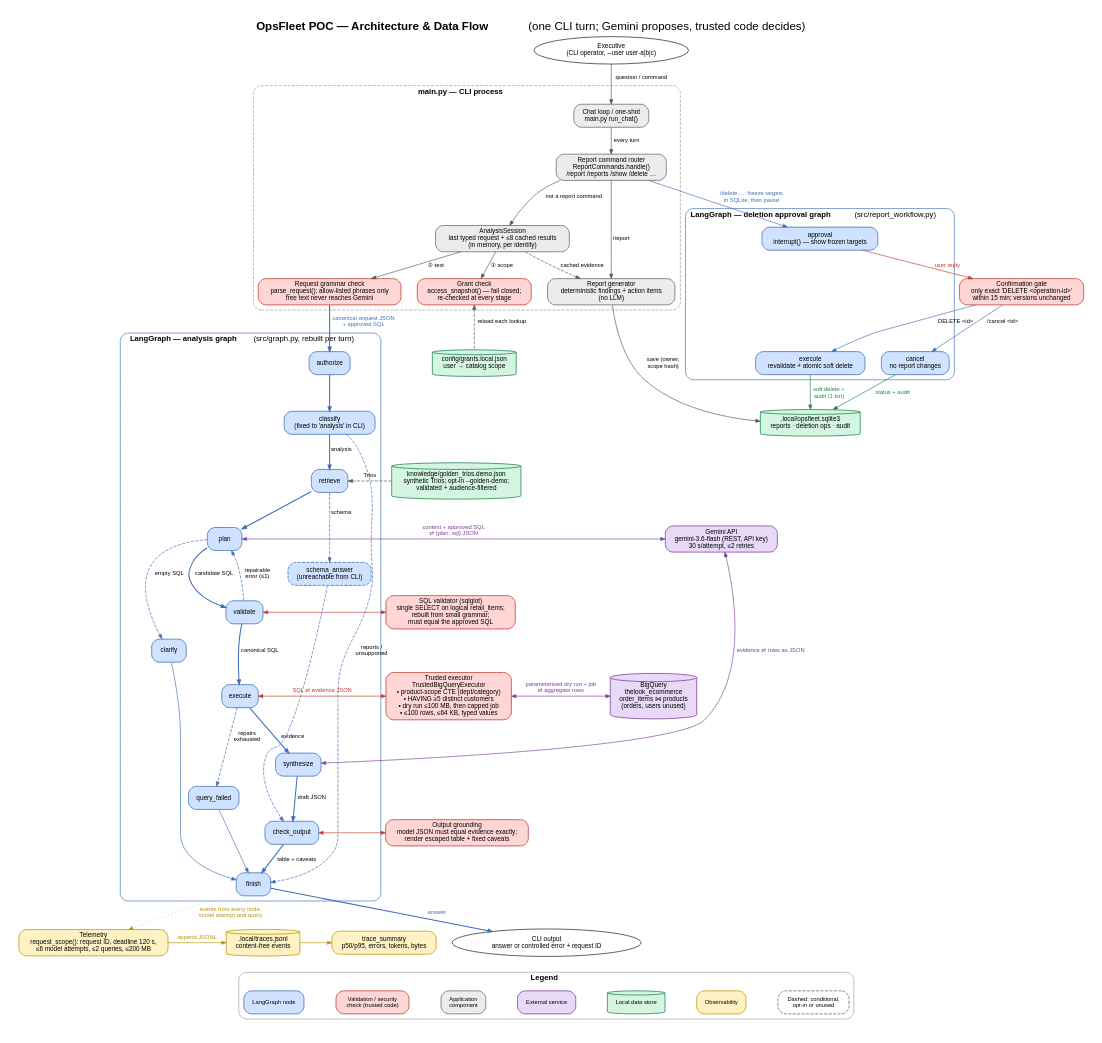
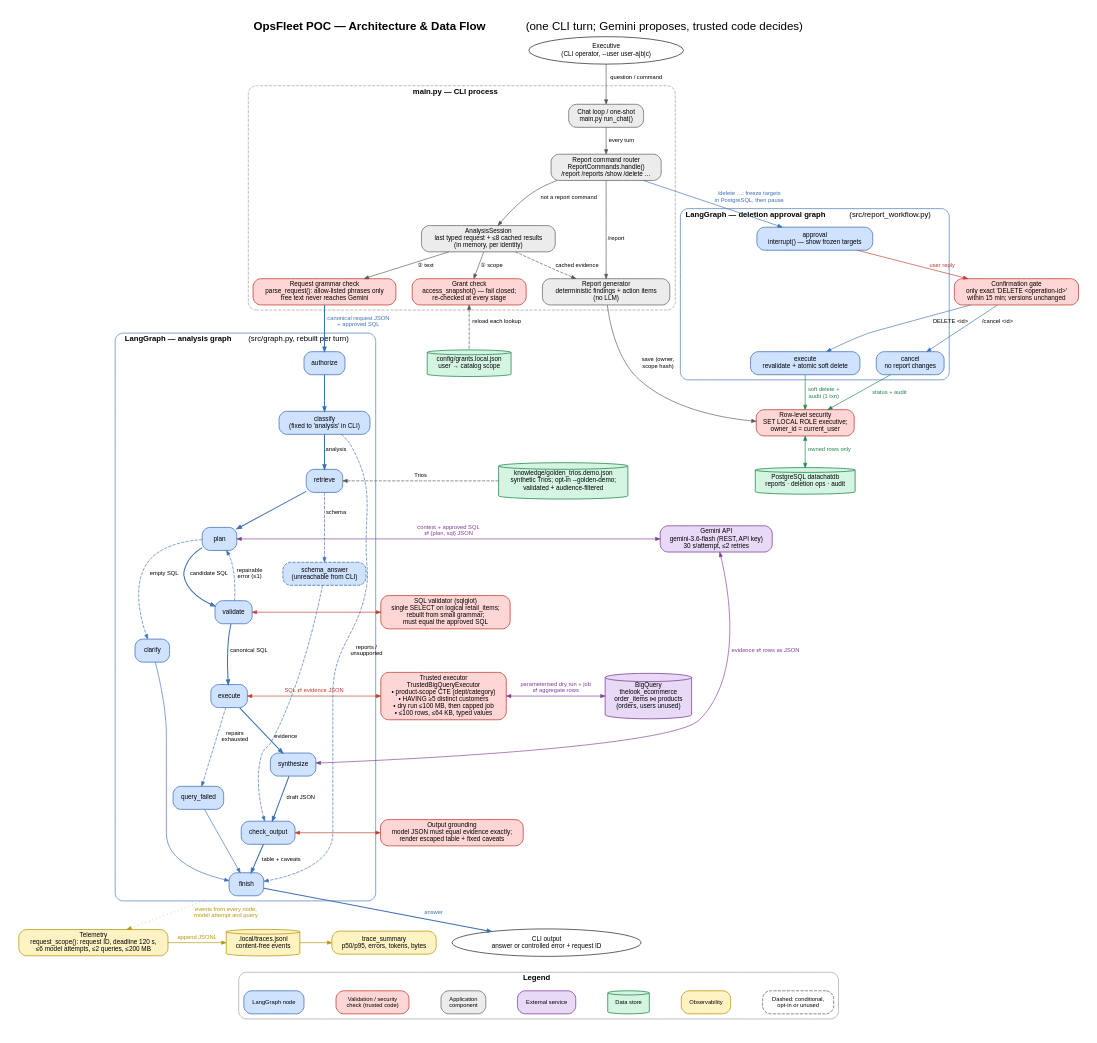
One commit to delaray/opsfleet changed the diagram in diagrams/poc-architecture.dot. Above: the diagram before and after it, drawn with Graphviz. The commit also changed 21 other files, not shown here.

Commit message:
Migrated from SQLite to PostgreSQL.

```diff
--- a/diagrams/poc-architecture.dot
+++ b/diagrams/poc-architecture.dot
@@ -1,154 +1,156 @@
 // OpsFleet POC — architecture and data flow (Graphviz source).
 // Render: dot -Tpng -Gdpi=150 poc-architecture.dot -o poc-architecture.png
 //         dot -Tsvg poc-architecture.dot -o poc-architecture.svg
 // Mermaid equivalent: poc-architecture.mmd
 digraph opsfleet_poc {
   graph [rankdir=TB, fontname="Helvetica", fontsize=11, splines=spline, nodesep=0.35, ranksep=0.45,
          newrank=true, compound=true, pad=0.3, bgcolor="white",
          label=<<B>OpsFleet POC — Architecture &amp; Data Flow</B>  (one CLI turn; Gemini proposes, trusted code decides)>,
          labelloc=t, fontsize=18];
   node  [shape=box, style="rounded,filled", fontname="Helvetica", fontsize=10, penwidth=1.2, margin="0.12,0.06"];
   edge  [fontname="Helvetica", fontsize=9, color="#555555", arrowsize=0.7];
 
   // ---------------- Colour palette ----------------
   // LangGraph node    #CFE2FF / #3D6FB6
   // Trusted check     #FFD6D6 / #C0392B
   // App component     #ECECEC / #666666
   // External service  #E8D9F7 / #7D3C98
-  // Local data store  #D5F5E3 / #1E8449
+  // Data store        #D5F5E3 / #1E8449
   // Observability     #FFF3C4 / #B7950B
   // User              #FFFFFF / #333333
 
   user [label="Executive\n(CLI operator, --user user-a|b|c)", shape=oval, fillcolor="#FFFFFF", color="#333333"];
 
   subgraph cluster_cli {
     label=<<B>main.py — CLI process</B>>; style="rounded,dashed"; color="#999999"; fontsize=12;
     cli      [label="Chat loop / one-shot\nmain.py run_chat()", fillcolor="#ECECEC", color="#666666"];
     router   [label="Report command router\nReportCommands.handle()\n/report /reports /show /delete …", fillcolor="#ECECEC", color="#666666"];
     session  [label="AnalysisSession\nlast typed request + ≤8 cached results\n(in memory, per identity)", fillcolor="#ECECEC", color="#666666"];
     parser   [label="Request grammar check\nparse_request(): allow-listed phrases only\nfree text never reaches Gemini", fillcolor="#FFD6D6", color="#C0392B"];
     grantchk [label="Grant check\naccess_snapshot() — fail closed;\nre-checked at every stage", fillcolor="#FFD6D6", color="#C0392B"];
     reportgen[label="Report generator\ndeterministic findings + action items\n(no LLM)", fillcolor="#ECECEC", color="#666666"];
   }
 
   subgraph cluster_graph {
     label=<<B>LangGraph — analysis graph</B> (src/graph.py, rebuilt per turn)>; style="rounded"; color="#3D6FB6"; fontsize=12;
     node [fillcolor="#CFE2FF", color="#3D6FB6"];
     g_auth   [label="authorize"];
     g_class  [label="classify\n(fixed to 'analysis' in CLI)"];
     g_retr   [label="retrieve"];
     g_schema [label="schema_answer\n(unreachable from CLI)", style="rounded,filled,dashed"];
     g_plan   [label="plan"];
     g_clar   [label="clarify"];
     g_val    [label="validate"];
     g_exec   [label="execute"];
     g_syn    [label="synthesize"];
     g_chk    [label="check_output"];
     g_fail   [label="query_failed"];
     g_fin    [label="finish"];
   }
 
   // Trusted checks attached to graph nodes
   sqlval  [label="SQL validator (sqlglot)\nsingle SELECT on logical retail_items;\nrebuilt from small grammar;\nmust equal the approved SQL", fillcolor="#FFD6D6", color="#C0392B"];
   scoped  [label="Trusted executor\nTrustedBigQueryExecutor\n• product-scope CTE (dept/category)\n• HAVING ≥5 distinct customers\n• dry run ≤100 MB, then capped job\n• ≤100 rows, ≤64 KB, typed values", fillcolor="#FFD6D6", color="#C0392B"];
   ground  [label="Output grounding\nmodel JSON must equal evidence exactly;\nrender escaped table + fixed caveats", fillcolor="#FFD6D6", color="#C0392B"];
 
   // External services
   gemini [label="Gemini API\ngemini-3.6-flash (REST, API key)\n30 s/attempt, ≤2 retries", shape=box, fillcolor="#E8D9F7", color="#7D3C98"];
   bq     [label="BigQuery\nthelook_ecommerce\norder_items ⋈ products\n(orders, users unused)", shape=cylinder, fillcolor="#E8D9F7", color="#7D3C98"];
 
-  // Local data stores
+  // Data stores
   grants [label="config/grants.local.json\nuser → catalog scope", shape=cylinder, fillcolor="#D5F5E3", color="#1E8449"];
   golden [label="knowledge/golden_trios.demo.json\nsynthetic Trios; opt-in --golden-demo;\nvalidated + audience-filtered", shape=cylinder, fillcolor="#D5F5E3", color="#1E8449"];
-  sqlite [label=".local/opsfleet.sqlite3\nreports · deletion ops · audit", shape=cylinder, fillcolor="#D5F5E3", color="#1E8449"];
+  pg [label="PostgreSQL datachatdb\nreports · deletion ops · audit", shape=cylinder, fillcolor="#D5F5E3", color="#1E8449"];
+  rls [label="Row-level security\nSET LOCAL ROLE executive;\nowner_id = current_user", shape=box, fillcolor="#FFD6D6", color="#C0392B"];
 
   subgraph cluster_del {
     label=<<B>LangGraph — deletion approval graph</B> (src/report_workflow.py)>; style="rounded"; color="#3D6FB6"; fontsize=12;
     node [fillcolor="#CFE2FF", color="#3D6FB6"];
     d_appr [label="approval\ninterrupt() — show frozen targets"];
     d_exec [label="execute\nrevalidate + atomic soft delete"];
     d_canc [label="cancel\nno report changes"];
   }
   confirm [label="Confirmation gate\nonly exact 'DELETE <operation-id>'\nwithin 15 min; versions unchanged", fillcolor="#FFD6D6", color="#C0392B"];
 
   // Observability
   telem  [label="Telemetry\nrequest_scope(): request ID, deadline 120 s,\n≤6 model attempts, ≤2 queries, ≤200 MB", fillcolor="#FFF3C4", color="#B7950B"];
   traces [label=".local/traces.jsonl\ncontent-free events", shape=cylinder, fillcolor="#FFF3C4", color="#B7950B"];
   summary[label="trace_summary\np50/p95, errors, tokens, bytes", fillcolor="#FFF3C4", color="#B7950B"];
 
   // ---------------- Main flow ----------------
   user -> cli [label="question / command"];
   cli -> router [label="every turn"];
   router -> session [label="not a report command"];
   session -> grantchk [label="① scope"];
   grantchk -> grants [label="reload each lookup", style=dashed, dir=back];
   session -> parser [label="② text"];
   parser -> g_auth [label="canonical request JSON\n+ approved SQL", color="#3D6FB6", fontcolor="#3D6FB6", penwidth=1.6];
 
   g_auth -> g_class [color="#3D6FB6", penwidth=1.6];
   g_class -> g_retr [label="analysis", color="#3D6FB6", penwidth=1.6];
   g_retr -> g_plan [color="#3D6FB6", penwidth=1.6];
   g_retr -> g_schema [label="schema", style=dashed, color="#3D6FB6"];
   g_class -> g_fin [label="reports /\nunsupported", style=dashed, color="#3D6FB6"];
   golden -> g_retr [label="Trios", style=dashed];
   g_plan -> gemini [label="context + approved SQL\n⇄ {plan, sql} JSON", dir=both, color="#7D3C98", fontcolor="#7D3C98"];
   g_plan -> g_val [label="candidate SQL", color="#3D6FB6", penwidth=1.6];
   g_plan -> g_clar [label="empty SQL", style=dashed, color="#3D6FB6"];
   g_val -> sqlval [dir=both, color="#C0392B"];
   g_val -> g_exec [label="canonical SQL", color="#3D6FB6", penwidth=1.6];
   g_val -> g_plan [label="repairable\nerror (≤1)", style=dashed, color="#3D6FB6"];
   g_exec -> scoped [label="SQL ⇄ evidence JSON", dir=both, color="#C0392B", fontcolor="#C0392B"];
   scoped -> bq [label="parameterised dry run + job\n⇄ aggregate rows", dir=both, color="#7D3C98", fontcolor="#7D3C98"];
   g_exec -> g_syn [label="evidence", color="#3D6FB6", penwidth=1.6];
   g_exec -> g_fail [label="repairs\nexhausted", style=dashed, color="#3D6FB6"];
   g_syn -> gemini [label="evidence ⇄ rows as JSON", dir=both, color="#7D3C98", fontcolor="#7D3C98"];
   g_syn -> g_chk [label="draft JSON", color="#3D6FB6", penwidth=1.6];
   g_schema -> g_chk [style=dashed, color="#3D6FB6"];
   g_chk -> ground [dir=both, color="#C0392B"];
   g_chk -> g_fin [label="table + caveats", color="#3D6FB6", penwidth=1.6];
   g_clar -> g_fin [color="#3D6FB6"];
   g_fail -> g_fin [color="#3D6FB6"];
   out [label="CLI output\nanswer or controlled error + request ID", shape=oval, fillcolor="#FFFFFF", color="#333333"];
   g_fin -> out [label="answer", color="#3D6FB6", fontcolor="#3D6FB6", penwidth=1.6];
 
   // ---------------- Reports ----------------
   router -> reportgen [label="/report"];
   session -> reportgen [label="cached evidence", style=dashed];
-  reportgen -> sqlite [label="save (owner,\nscope hash)"];
-  router -> d_appr [label="/delete …: freeze targets\nin SQLite, then pause", color="#3D6FB6", fontcolor="#3D6FB6"];
+  reportgen -> rls [label="save (owner,\nscope hash)"];
+  router -> d_appr [label="/delete …: freeze targets\nin PostgreSQL, then pause", color="#3D6FB6", fontcolor="#3D6FB6"];
   d_appr -> confirm [label="user reply", color="#C0392B", fontcolor="#C0392B"];
   confirm -> d_exec [label="DELETE <id>", color="#3D6FB6"];
   confirm -> d_canc [label="/cancel <id>", color="#3D6FB6"];
-  d_exec -> sqlite [label="soft delete +\naudit (1 txn)", color="#1E8449", fontcolor="#1E8449"];
-  d_canc -> sqlite [label="status + audit", color="#1E8449", fontcolor="#1E8449"];
+  d_exec -> rls [label="soft delete +\naudit (1 txn)", color="#1E8449", fontcolor="#1E8449"];
+  d_canc -> rls [label="status + audit", color="#1E8449", fontcolor="#1E8449"];
+  rls -> pg [label="owned rows only", dir=both, color="#1E8449", fontcolor="#1E8449"];
 
   // ---------------- Observability ----------------
   g_fin -> telem [ltail=cluster_graph, style=dotted, color="#B7950B", fontcolor="#B7950B",
                   label="events from every node,\nmodel attempt and query"];
   telem -> traces [label="append JSONL", color="#B7950B", fontcolor="#B7950B"];
   traces -> summary [color="#B7950B"];
 
   // ---------------- Layout hints ----------------
   {rank=same; g_retr; golden;}
   {rank=same; g_plan; gemini;}
   {rank=same; g_val; sqlval;}
   {rank=same; g_exec; scoped; bq;}
   {rank=same; g_chk; ground;}
   {rank=same; out; telem; traces; summary;}
 
   // ---------------- Legend ----------------
   subgraph cluster_legend {
     label=<<B>Legend</B>>; style="rounded"; color="#999999"; fontsize=12;
     node [fontsize=9];
     l1 [label="LangGraph node", fillcolor="#CFE2FF", color="#3D6FB6"];
     l2 [label="Validation / security\ncheck (trusted code)", fillcolor="#FFD6D6", color="#C0392B"];
     l3 [label="Application\ncomponent", fillcolor="#ECECEC", color="#666666"];
     l4 [label="External service", fillcolor="#E8D9F7", color="#7D3C98"];
-    l5 [label="Local data store", shape=cylinder, fillcolor="#D5F5E3", color="#1E8449"];
+    l5 [label="Data store", shape=cylinder, fillcolor="#D5F5E3", color="#1E8449"];
     l6 [label="Observability", fillcolor="#FFF3C4", color="#B7950B"];
     l7 [label="Dashed: conditional,\nopt-in or unused", fillcolor="#FFFFFF", color="#666666", style="rounded,filled,dashed"];
     {rank=same; l1; l2; l3; l4; l5; l6; l7;}
     l1 -> l2 -> l3 -> l4 -> l5 -> l6 -> l7 [style=invis];
   }
   out -> l4 [style=invis];
 }
```
